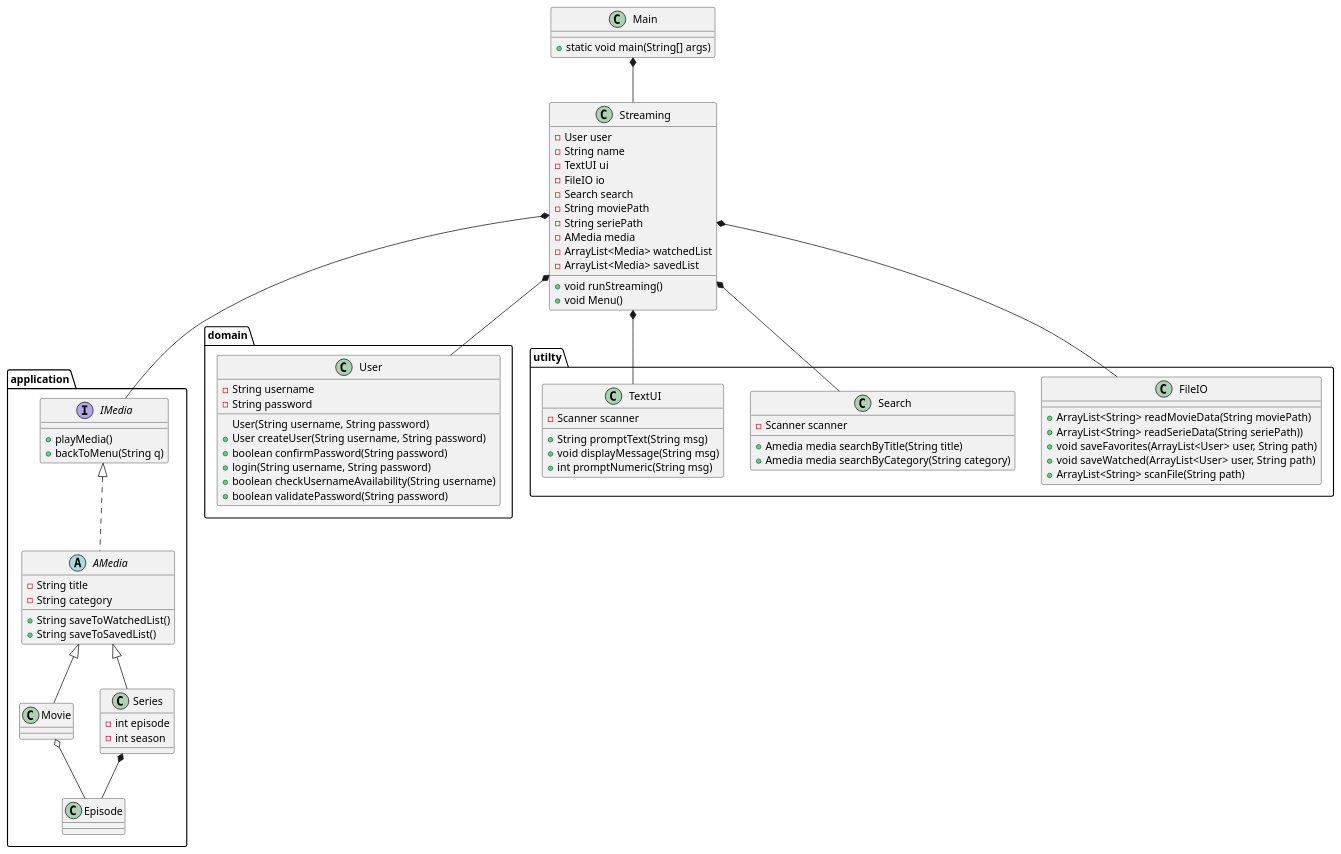
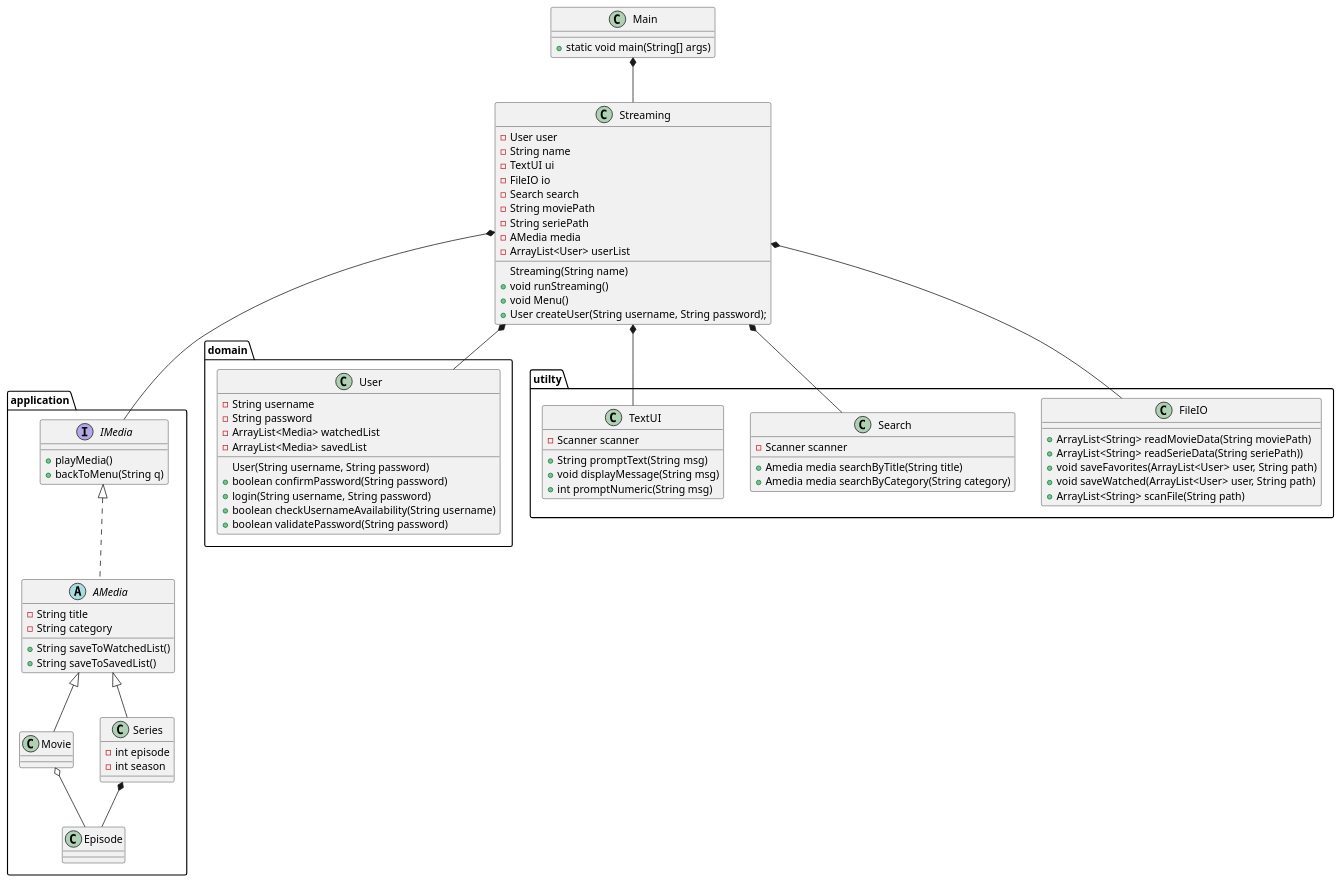
One commit to mrPrimeBeef/Sem1-Project-MovieStream changed the diagram in Doc/Static/ClassDiagramv1.puml. Above: the diagram before and after it, drawn with PlantUML. The commit also changed 3 other files, not shown here.

```diff
--- a/Doc/Static/ClassDiagramv1.puml
+++ b/Doc/Static/ClassDiagramv1.puml
@@ -1,99 +1,100 @@
 @startuml
 
 class Main {
 + static void main(String[] args)
 }
 package application{
 interface IMedia {
 + playMedia()
 + backToMenu(String q)
 '+ pauseMedia()
 }
 
 abstract AMedia {
 - String title
 - String category
 + String saveToWatchedList()
 + String saveToSavedList()
 }
 
 class Movie {
 
 }
 
 
 class Series {
 - int episode
 - int season
 }
 class Episode{
 
 }
 }
 
 package domain{
 class User {
 - String username
 - String password
+- ArrayList<Media> watchedList
+- ArrayList<Media> savedList
 User(String username, String password)
-'Methods
-+ User createUser(String username, String password)
 + boolean confirmPassword(String password)
 + login(String username, String password)
 + boolean checkUsernameAvailability(String username)
 + boolean validatePassword(String password)
 }
 }
 
 class Streaming {
 - User user
 - String name
 - TextUI ui
 - FileIO io
 - Search search
 - String moviePath
 - String seriePath
 - AMedia media
-- ArrayList<Media> watchedList
-- ArrayList<Media> savedList
+- ArrayList<User> userList
+Streaming(String name)
 + void runStreaming()
 + void Menu()
++ User createUser(String username, String password);
 }
 
 
 package utilty{
 class FileIO {
 + ArrayList<String> readMovieData(String moviePath)
 + ArrayList<String> readSerieData(String seriePath))
 + void saveFavorites(ArrayList<User> user, String path)
 + void saveWatched(ArrayList<User> user, String path)
 + ArrayList<String> scanFile(String path)
 }
 
 class Search {
 - Scanner scanner
 + Amedia media searchByTitle(String title)
 + Amedia media searchByCategory(String category)
 }
 class TextUI {
 - Scanner scanner
 + String promptText(String msg)
 + void displayMessage(String msg)
 + int promptNumeric(String msg)
 }
 }
 
 
 Main *-- Streaming
 Streaming *-- IMedia
 Streaming *-- User
 Streaming *-- Search
 Streaming *-- TextUI
 IMedia <|.. AMedia
 Streaming *-- FileIO
 AMedia <|-- Movie
 AMedia  <|-- Series
 Series *-- Episode
 Movie o-- Episode
 
 @enduml
```
